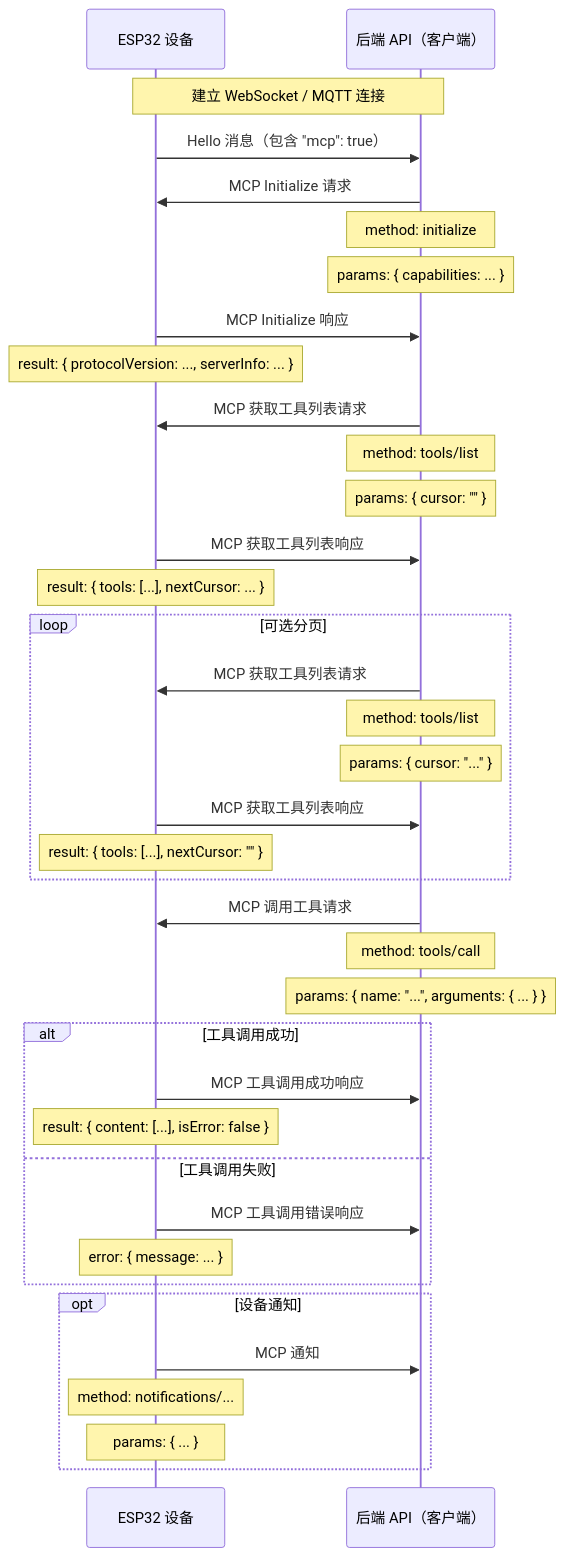
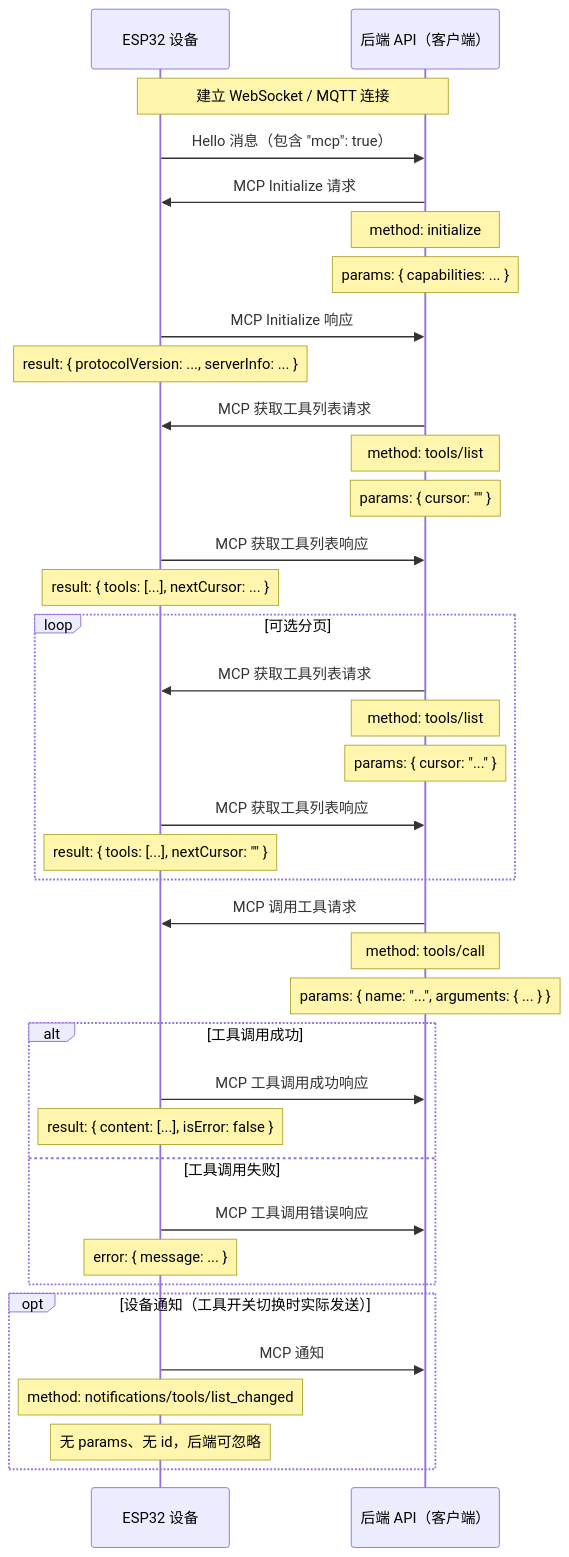
The diagram in 中文版本/docs/MCP协议交互流程.md (GLEDOPTO/Albee-Docs), drawn with Mermaid before and after one commit. The commit also changed other lines of this file and 125 other files, not shown here.

````diff
--- a/中文版本/docs/MCP协议交互流程.md
+++ b/中文版本/docs/MCP协议交互流程.md
@@ -224,49 +233,49 @@
 ```mermaid
 sequenceDiagram
     participant Device as ESP32 设备
     participant BackendAPI as 后端 API（客户端）
 
     Note over Device, BackendAPI: 建立 WebSocket / MQTT 连接
 
     Device->>BackendAPI: Hello 消息（包含 "mcp": true）
 
     BackendAPI->>Device: MCP Initialize 请求
     Note over BackendAPI: method: initialize
     Note over BackendAPI: params: { capabilities: ... }
 
     Device->>BackendAPI: MCP Initialize 响应
     Note over Device: result: { protocolVersion: ..., serverInfo: ... }
 
     BackendAPI->>Device: MCP 获取工具列表请求
     Note over BackendAPI: method: tools/list
     Note over BackendAPI: params: { cursor: "" }
 
     Device->>BackendAPI: MCP 获取工具列表响应
     Note over Device: result: { tools: [...], nextCursor: ... }
 
     loop 可选分页
         BackendAPI->>Device: MCP 获取工具列表请求
         Note over BackendAPI: method: tools/list
         Note over BackendAPI: params: { cursor: "..." }
         Device->>BackendAPI: MCP 获取工具列表响应
         Note over Device: result: { tools: [...], nextCursor: "" }
     end
 
     BackendAPI->>Device: MCP 调用工具请求
     Note over BackendAPI: method: tools/call
     Note over BackendAPI: params: { name: "...", arguments: { ... } }
 
     alt 工具调用成功
         Device->>BackendAPI: MCP 工具调用成功响应
         Note over Device: result: { content: [...], isError: false }
     else 工具调用失败
         Device->>BackendAPI: MCP 工具调用错误响应
         Note over Device: error: { message: ... }
     end
 
-    opt 设备通知
+    opt 设备通知（工具开关切换时实际发送）
         Device->>BackendAPI: MCP 通知
-        Note over Device: method: notifications/...
-        Note over Device: params: { ... }
+        Note over Device: method: notifications/tools/list_changed
+        Note over Device: 无 params、无 id，后端可忽略
     end
 ```
````
